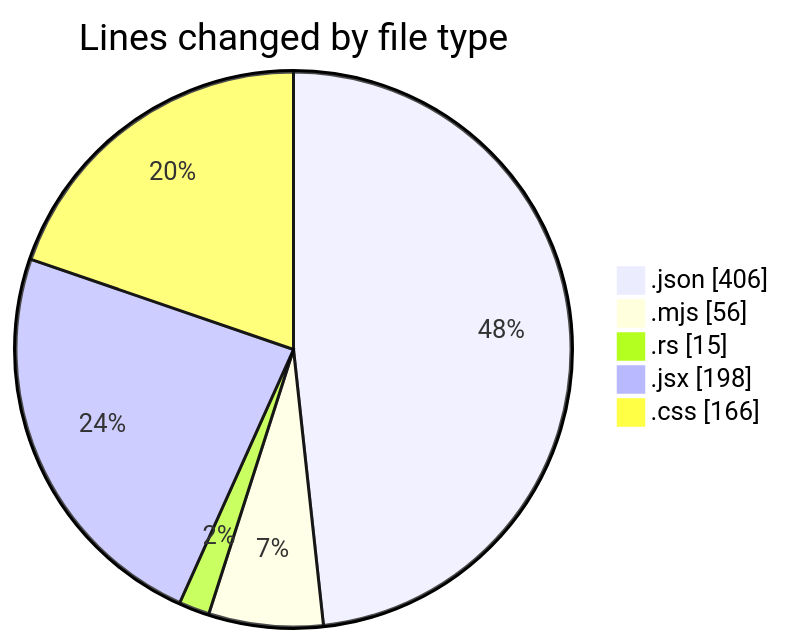
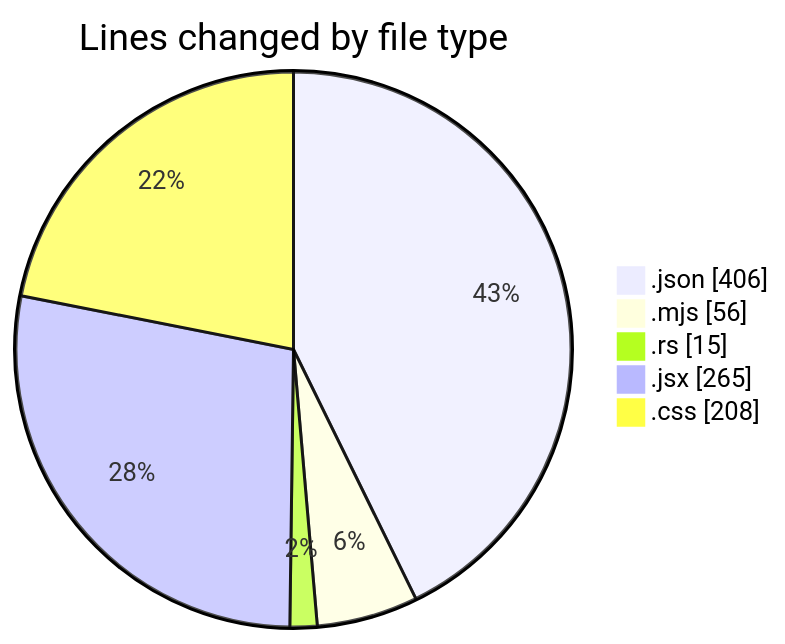
The first of 2 diagrams in 2025-01-28/trollerboard/README.md (charlie-sans/code-tracking), drawn with Mermaid before and after one commit. The commit also changed other lines of this file and 1 other file, not shown here.

````diff
--- a/2025-01-28/trollerboard/README.md
+++ b/2025-01-28/trollerboard/README.md
@@ -25,9 +25,9 @@
 ```mermaid
 pie showData
 title Lines changed by file type
 ".json" : 406
 ".mjs" : 56
 ".rs" : 15
-".jsx" : 198
-".css" : 166
+".jsx" : 265
+".css" : 208
 ```
````
